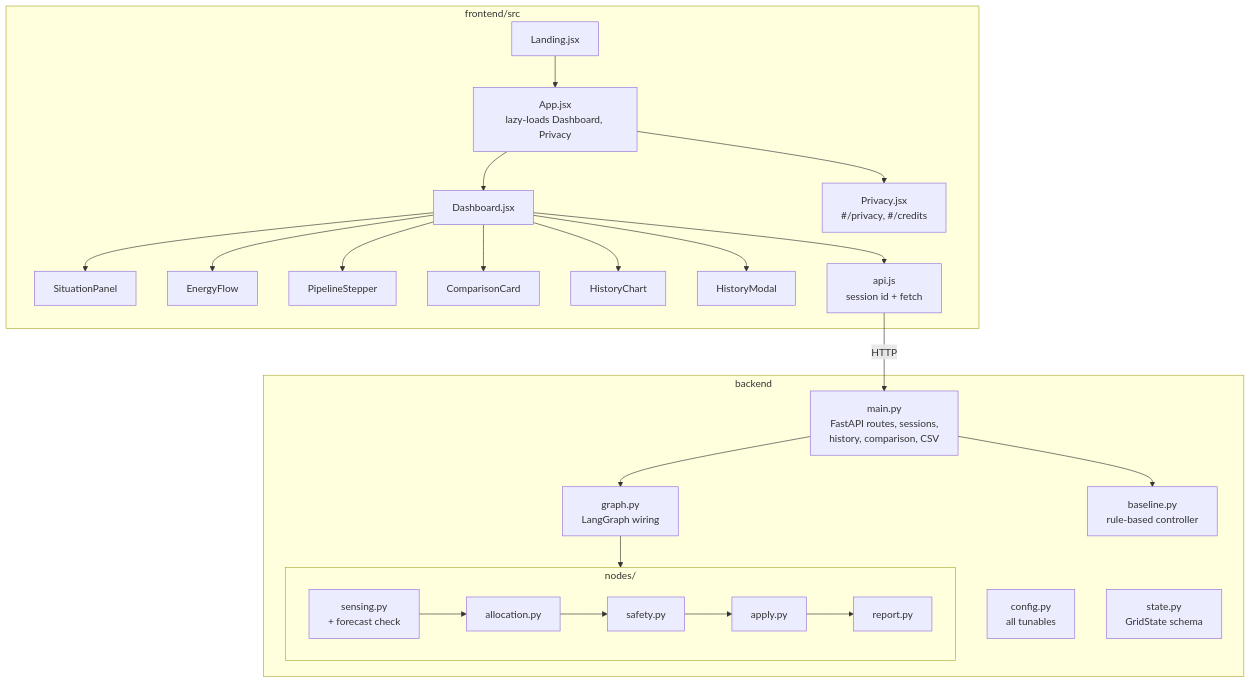
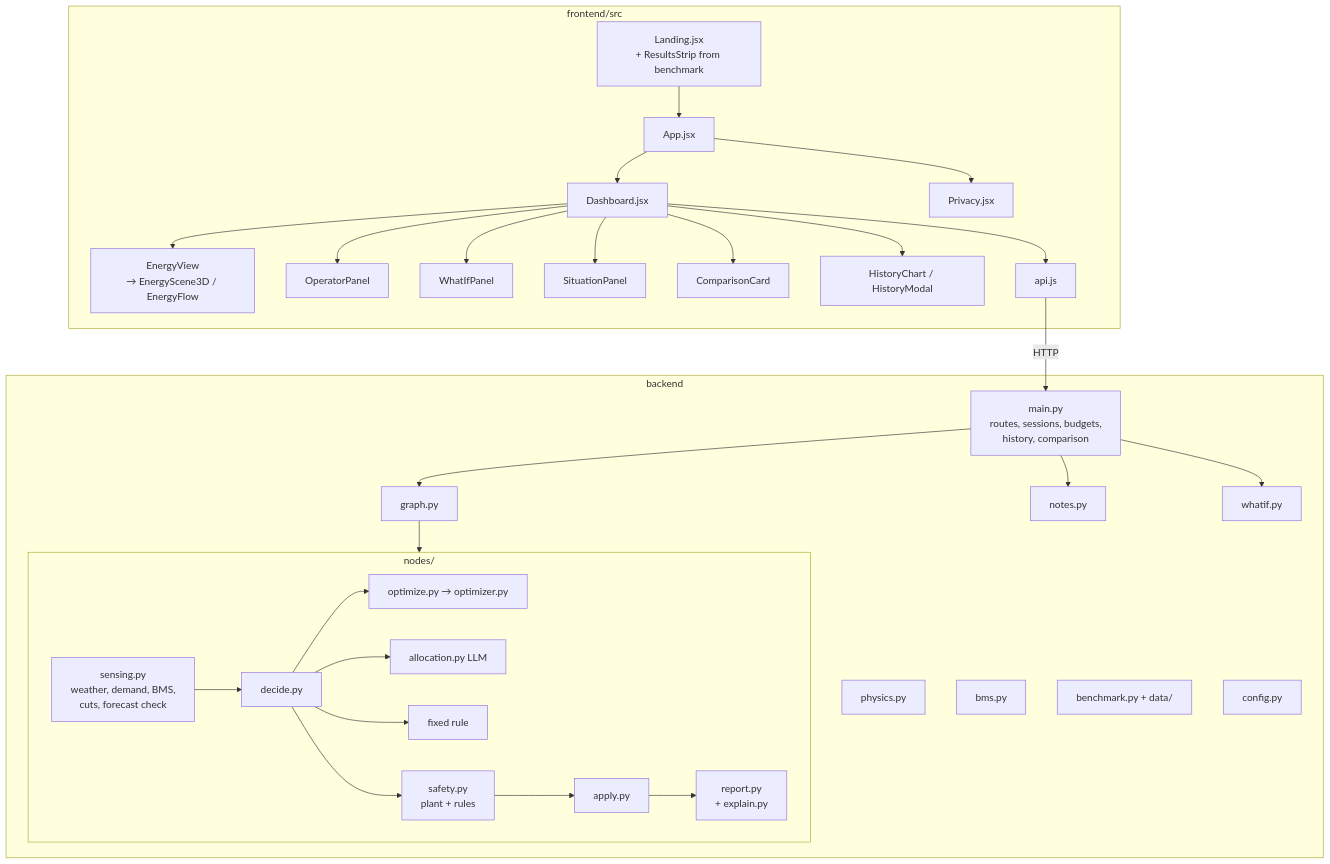
The second of 3 diagrams in docs/03-Architecture.md (ritvik302005/surya-saarthi), drawn with Mermaid before and after one commit. The commit also changed other lines of this file and 7 other files, not shown here.

Commit message:
docs: update PRD, SRS, architecture, UI/UX, plans for v2; add MEMORY.md + CLAUDE.md for new chats

````diff
--- a/docs/03-Architecture.md
+++ b/docs/03-Architecture.md
@@ -48,29 +42,36 @@
 ```mermaid
 flowchart TB
   subgraph Frontend [frontend/src]
-    L[Landing.jsx] --> APP[App.jsx<br/>lazy-loads Dashboard, Privacy]
+    L[Landing.jsx<br/>+ ResultsStrip from benchmark] --> APP[App.jsx]
     APP --> D[Dashboard.jsx]
-    APP --> PV[Privacy.jsx<br/>#/privacy, #/credits]
+    APP --> PV[Privacy.jsx]
+    D --> EV[EnergyView<br/>→ EnergyScene3D / EnergyFlow]
+    D --> OPP[OperatorPanel]
+    D --> WIP[WhatIfPanel]
     D --> SP[SituationPanel]
-    D --> EF[EnergyFlow]
-    D --> PS[PipelineStepper]
     D --> CC[ComparisonCard]
-    D --> HC[HistoryChart]
-    D --> HM[HistoryModal]
-    D --> API[api.js<br/>session id + fetch]
+    D --> HC[HistoryChart / HistoryModal]
+    D --> API[api.js]
   end
   subgraph Backend [backend]
-    M[main.py<br/>FastAPI routes, sessions,<br/>history, comparison, CSV]
-    G[graph.py<br/>LangGraph wiring]
+    M[main.py<br/>routes, sessions, budgets,<br/>history, comparison]
+    G[graph.py]
     subgraph Nodes [nodes/]
-      SE[sensing.py<br/>+ forecast check] --> AL[allocation.py] --> SA[safety.py] --> AP[apply.py]
-      AP --> RE[report.py]
+      SE[sensing.py<br/>weather, demand, BMS,<br/>cuts, forecast check] --> DE[decide.py]
+      DE --> OPT[optimize.py → optimizer.py]
+      DE --> AL[allocation.py LLM]
+      DE --> FX[fixed rule]
+      DE --> SA[safety.py<br/>plant + rules] --> AP[apply.py] --> RE[report.py<br/>+ explain.py]
     end
-    B[baseline.py<br/>rule-based controller]
-    C[config.py<br/>all tunables]
-    S[state.py<br/>GridState schema]
+    PH[physics.py]
+    BMS[bms.py]
+    N[notes.py]
+    W[whatif.py]
+    BM[benchmark.py + data/]
+    C[config.py]
   end
   API -- HTTP --> M
   M --> G --> Nodes
-  M --> B
+  M --> N
+  M --> W
 ```
````
